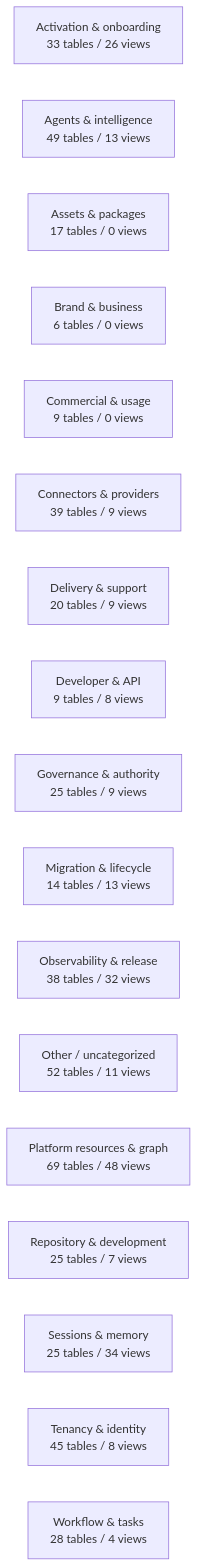
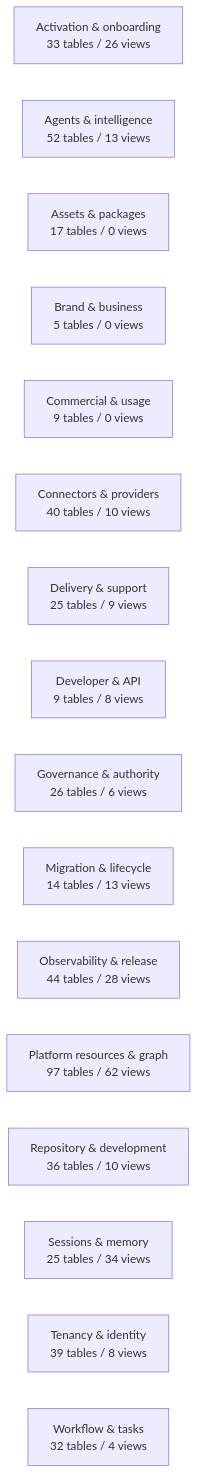
The diagram in docs/work-maps/data-model-domain-map.md (mad4bdigital-ai/multi-business-multi-role-growth-intelligence-os), drawn with Mermaid before and after one commit. The commit also changed other lines of this file and 17 other files, not shown here.

````diff
--- a/docs/work-maps/data-model-domain-map.md
+++ b/docs/work-maps/data-model-domain-map.md
@@ -9,20 +9,19 @@
 ```mermaid
 flowchart LR
   n_Activation___onboarding["Activation & onboarding<br/>33 tables / 26 views"]
-  n_Agents___intelligence["Agents & intelligence<br/>49 tables / 13 views"]
+  n_Agents___intelligence["Agents & intelligence<br/>52 tables / 13 views"]
   n_Assets___packages["Assets & packages<br/>17 tables / 0 views"]
-  n_Brand___business["Brand & business<br/>6 tables / 0 views"]
+  n_Brand___business["Brand & business<br/>5 tables / 0 views"]
   n_Commercial___usage["Commercial & usage<br/>9 tables / 0 views"]
-  n_Connectors___providers["Connectors & providers<br/>39 tables / 9 views"]
-  n_Delivery___support["Delivery & support<br/>20 tables / 9 views"]
+  n_Connectors___providers["Connectors & providers<br/>40 tables / 10 views"]
+  n_Delivery___support["Delivery & support<br/>25 tables / 9 views"]
   n_Developer___API["Developer & API<br/>9 tables / 8 views"]
-  n_Governance___authority["Governance & authority<br/>25 tables / 9 views"]
+  n_Governance___authority["Governance & authority<br/>26 tables / 6 views"]
   n_Migration___lifecycle["Migration & lifecycle<br/>14 tables / 13 views"]
-  n_Observability___release["Observability & release<br/>38 tables / 32 views"]
-  n_Other___uncategorized["Other / uncategorized<br/>52 tables / 11 views"]
-  n_Platform_resources___graph["Platform resources & graph<br/>69 tables / 48 views"]
-  n_Repository___development["Repository & development<br/>25 tables / 7 views"]
+  n_Observability___release["Observability & release<br/>44 tables / 28 views"]
+  n_Platform_resources___graph["Platform resources & graph<br/>97 tables / 62 views"]
+  n_Repository___development["Repository & development<br/>36 tables / 10 views"]
   n_Sessions___memory["Sessions & memory<br/>25 tables / 34 views"]
-  n_Tenancy___identity["Tenancy & identity<br/>45 tables / 8 views"]
-  n_Workflow___tasks["Workflow & tasks<br/>28 tables / 4 views"]
+  n_Tenancy___identity["Tenancy & identity<br/>39 tables / 8 views"]
+  n_Workflow___tasks["Workflow & tasks<br/>32 tables / 4 views"]
 ```
````
